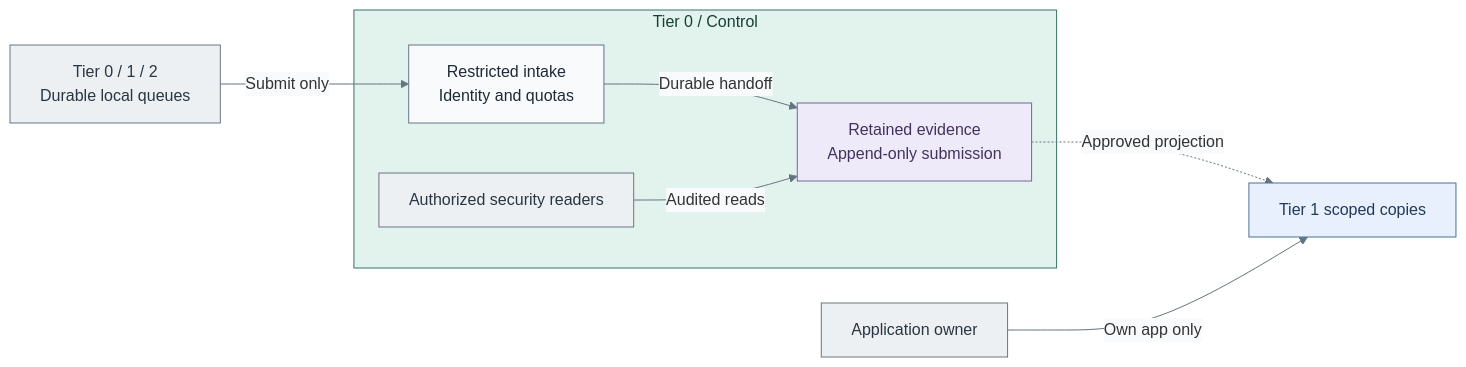
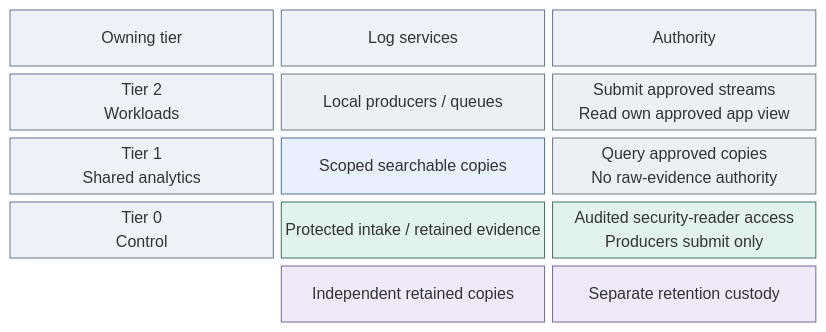
Before and after one commit to Rexus/homelab: the diagram in docs/architecture/operations/security-logging.md, drawn with Mermaid. The commit also changed other lines of this file and 60 other files, not shown here.

Commit message:
docs(diagrams): align architecture and deployment views with IaC

````diff
--- a/docs/architecture/operations/security-logging.md
+++ b/docs/architecture/operations/security-logging.md
@@ -20,22 +20,26 @@
 ```mermaid
-%%{init: {"theme":"base","themeVariables":{"lineColor":"#627581","edgeLabelBackground":"#f8fafc"}}}%%
-flowchart LR
-  Sources["Tier 0 / 1 / 2<br/>Durable local queues"] -->|Submit only| Intake
-  subgraph T0["Tier 0 / Control"]
-    Intake["Restricted intake<br/>Identity and quotas"]
-    Evidence["Retained evidence<br/>Append-only submission"]
-    Intake -->|Durable handoff| Evidence
-    Readers["Authorized security readers"] -->|Audited reads| Evidence
-  end
-  Evidence -. Approved projection .-> Search["Tier 1 scoped copies"]
-  Developer["Application owner"] -->|Own app only| Search
+block-beta
+  columns 3
+  Owner["Owning tier"] Function["Log services"] Access["Authority"]
+  T2["Tier 2<br/>Workloads"]
+  Sources["Local producers / queues"]
+  Developer["Submit approved streams<br/>Read own approved app view"]
+  T1["Tier 1<br/>Shared analytics"]
+  Search["Scoped searchable copies"]
+  Query["Query approved copies<br/>No raw-evidence authority"]
+  T0["Tier 0<br/>Control"]
+  Logging["Protected intake / retained evidence"]
+  Readers["Audited security-reader access<br/>Producers submit only"]
+  space Retention["Independent retained copies"] Custodians["Separate retention custody"]
   classDef default fill:#f8fafc,stroke:#64748b,color:#1f2937
   classDef actor fill:#edf0f3,stroke:#697682,color:#293642
   classDef control fill:#e2f3ed,stroke:#397366,color:#173f36
   classDef data fill:#eeeafa,stroke:#78639b,color:#42325d
   classDef services fill:#e7f0fc,stroke:#4d719b,color:#203a5b
-  class Sources,Readers,Developer actor
-  class T0 control
-  class Evidence data
+  classDef boundary fill:#eef2f6,stroke:#64748b,color:#1f2937
+  class Owner,Function,Access,T2,T1,T0 boundary
+  class Sources,Developer,Query actor
+  class Logging,Readers control
+  class Retention,Custodians data
   class Search services
 ```
````
